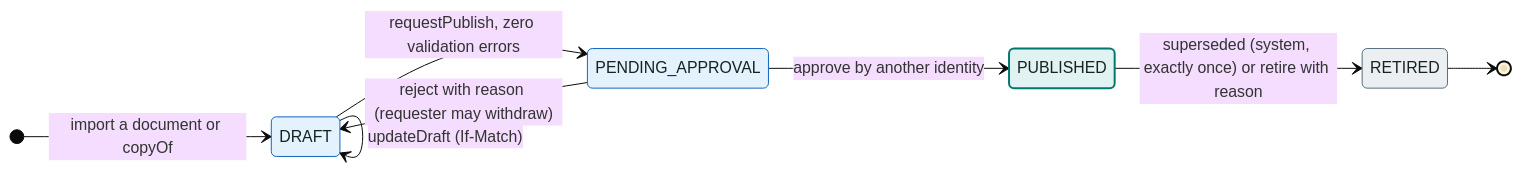
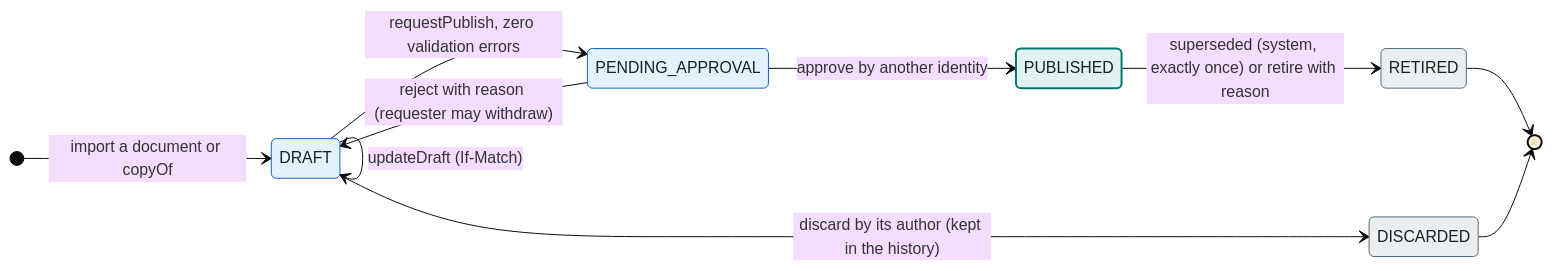
The diagram in rule-engine/docs/diagrams/version-lifecycle.mmd (dhluong90/horus-Agentic-BPM), drawn with Mermaid (base theme) before and after one commit. The commit also changed 39 other files, not shown here.

First line of the commit message:
feat(rule-engine): discard a draft version (#418) and helpful syntax errors (#419)

```diff
--- a/rule-engine/docs/diagrams/version-lifecycle.mmd
+++ b/rule-engine/docs/diagrams/version-lifecycle.mmd
@@ -1,15 +1,17 @@
 stateDiagram-v2
   direction LR
   [*] --> DRAFT: import a document or copyOf
   DRAFT --> DRAFT: updateDraft (If-Match)
   DRAFT --> PENDING_APPROVAL: requestPublish, zero validation errors
+  DRAFT --> DISCARDED: discard by its author (kept in the history)
   PENDING_APPROVAL --> DRAFT: reject with reason (requester may withdraw)
   PENDING_APPROVAL --> PUBLISHED: approve by another identity
   PUBLISHED --> RETIRED: superseded (system, exactly once) or retire with reason
   RETIRED --> [*]
+  DISCARDED --> [*]
   classDef client fill:#E3F2FD,stroke:#1565C0,color:#16231F
   classDef engine fill:#E0F2F1,stroke:#00796B,stroke-width:2px,color:#16231F
   classDef obs fill:#ECEFF1,stroke:#546E7A,color:#16231F
   class DRAFT,PENDING_APPROVAL client
   class PUBLISHED engine
-  class RETIRED obs
+  class RETIRED,DISCARDED obs
```
